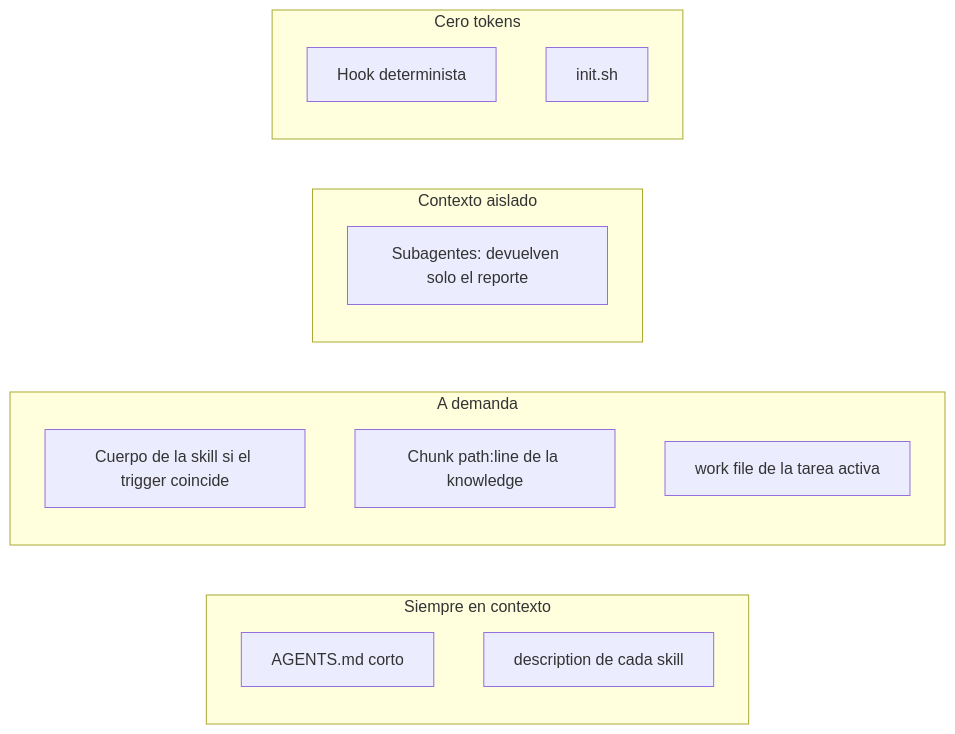
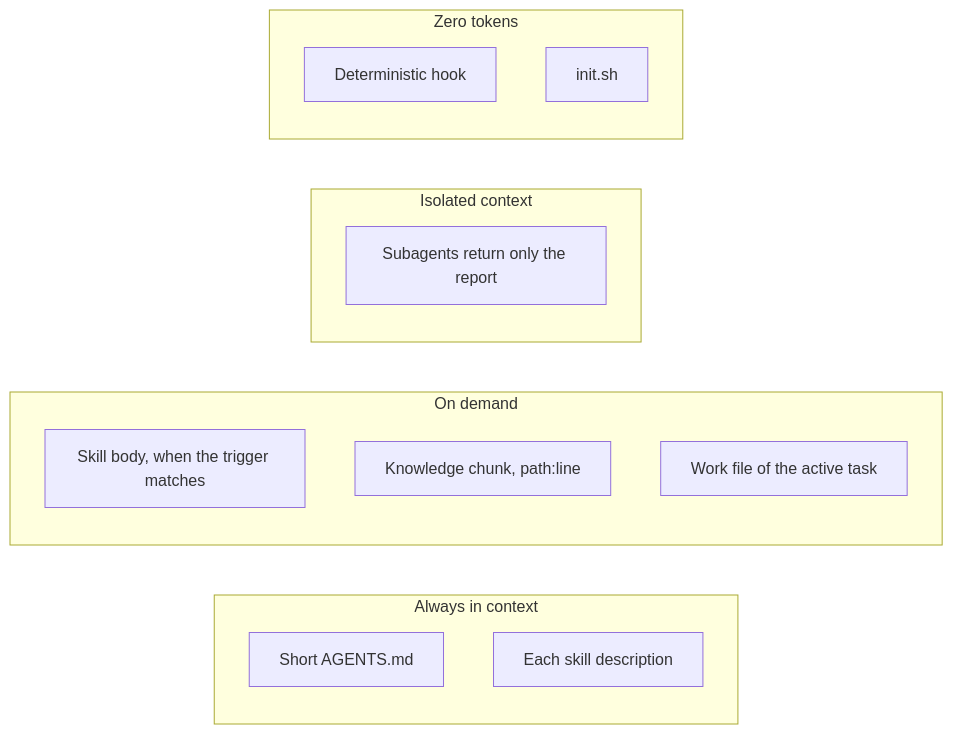
One commit to AbdielFco/why-harness changed the diagram in docs/concepts/context-engineering.md. Above: the diagram before and after it, drawn with Mermaid. The commit also changed other lines of this file and 55 other files, not shown here.

````diff
--- a/docs/concepts/context-engineering.md
+++ b/docs/concepts/context-engineering.md
@@ -31,19 +33,19 @@
 ```mermaid
 flowchart LR
-  subgraph always [Siempre en contexto]
-    agentsMd["AGENTS.md corto"]
-    skillDesc["description de cada skill"]
+  subgraph always [Always in context]
+    agentsMd["Short AGENTS.md"]
+    skillDesc["Each skill description"]
   end
-  subgraph onDemand [A demanda]
-    skillBody["Cuerpo de la skill si el trigger coincide"]
-    chunk["Chunk path:line de la knowledge"]
-    workFile["work file de la tarea activa"]
+  subgraph onDemand [On demand]
+    skillBody["Skill body, when the trigger matches"]
+    chunk["Knowledge chunk, path:line"]
+    workFile["Work file of the active task"]
   end
-  subgraph isolated [Contexto aislado]
-    subagents["Subagentes: devuelven solo el reporte"]
+  subgraph isolated [Isolated context]
+    subagents["Subagents return only the report"]
   end
-  subgraph zeroTokens [Cero tokens]
-    hookNode["Hook determinista"]
+  subgraph zeroTokens [Zero tokens]
+    hookNode["Deterministic hook"]
     initNode["init.sh"]
   end
 ```
````
